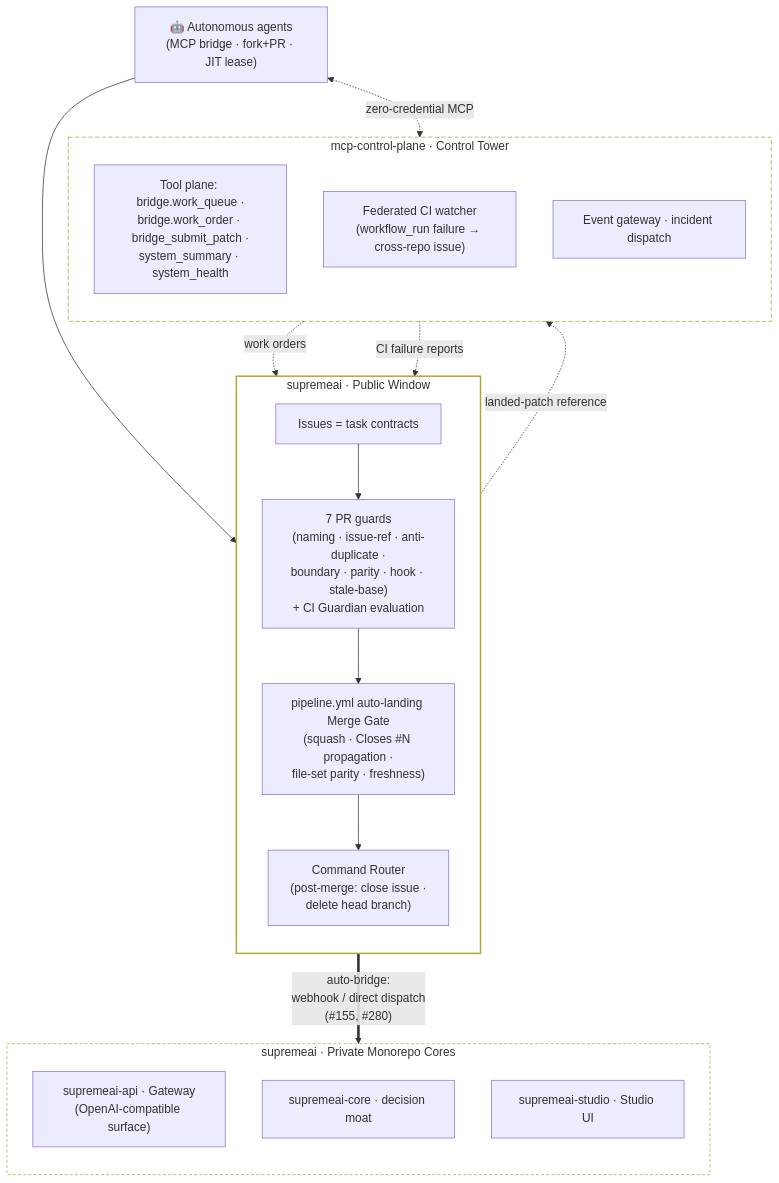
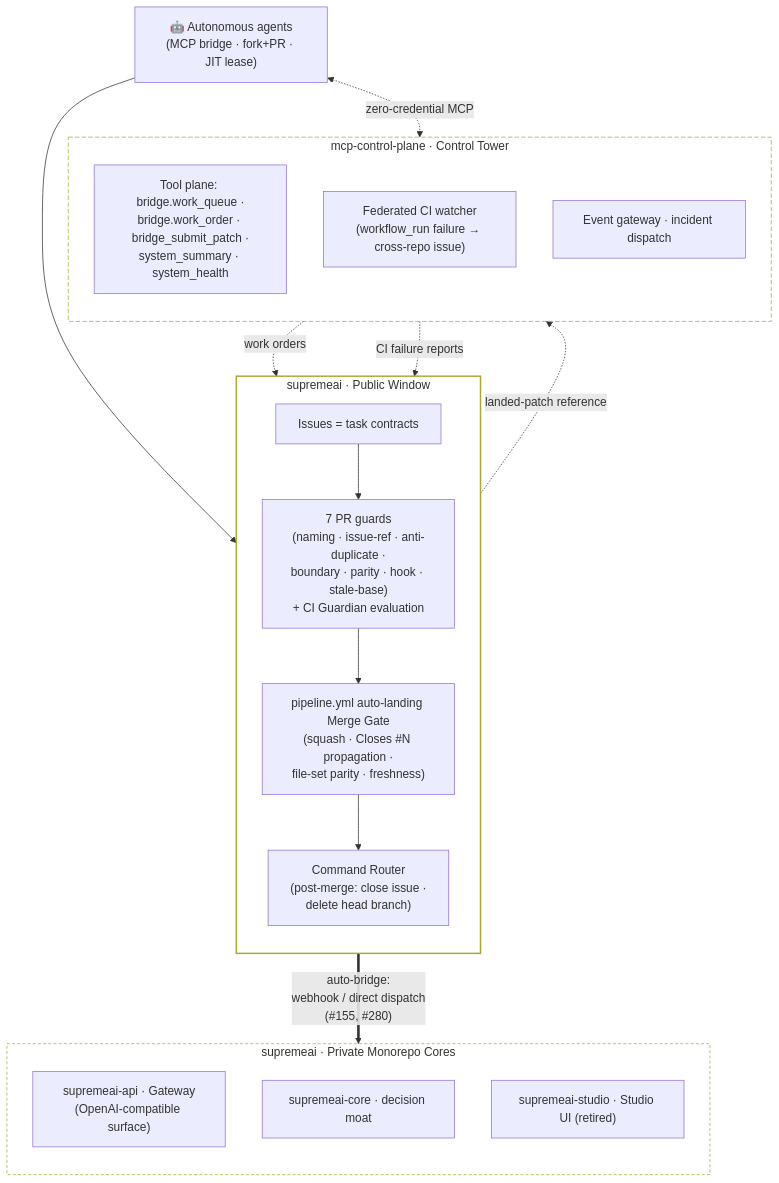
One commit to Supremeai-bd/supremeai changed the diagram in ECOSYSTEM_MAP.md. Above: the diagram before and after it, drawn with Mermaid. The commit also changed other lines of this file and 71 other files, not shown here.

````diff
--- a/ECOSYSTEM_MAP.md
+++ b/ECOSYSTEM_MAP.md
@@ -110,39 +110,39 @@
 ```mermaid
 flowchart TB
     AGENT["🤖 Autonomous agents<br/>(MCP bridge · fork+PR · JIT lease)"]
 
     subgraph OPEN["supremeai · Public Window"]
         direction TB
         TASKS["Issues = task contracts"] --> GUARDS["7 PR guards<br/>(naming · issue-ref · anti-duplicate ·<br/>boundary · parity · hook · stale-base)<br/>+ CI Guardian evaluation"]
         GUARDS --> GATE["pipeline.yml auto-landing Merge Gate<br/>(squash · Closes #N propagation ·<br/>file-set parity · freshness)"]
         GATE --> ROUTER["Command Router<br/>(post-merge: close issue ·<br/>delete head branch)"]
     end
 
     subgraph TOWERBOX["mcp-control-plane · Control Tower"]
         direction TB
         TOOLS["Tool plane: bridge.work_queue ·<br/>bridge.work_order · bridge_submit_patch ·<br/>system_summary · system_health"]
         WATCHER["Federated CI watcher<br/>(workflow_run failure → cross-repo issue)"]
         EVENTS["Event gateway · incident dispatch"]
     end
 
     subgraph PRIVATECORE["supremeai · Private Monorepo Cores"]
         direction TB
         API["supremeai-api · Gateway<br/>(OpenAI-compatible surface)"]
         CORE["supremeai-core · decision moat"]
-        STUDIO["supremeai-studio · Studio UI"]
+        STUDIO["supremeai-studio · Studio UI (retired)"]
     end
 
     AGENT --> TASKS
     AGENT <-.->|"zero-credential MCP"| TOOLS
     TOOLS -.->|work orders| TASKS
     GATE ==>|"auto-bridge:<br/>webhook / direct dispatch<br/>(#155, #280)"| PRIVATECORE
     WATCHER -.->|CI failure reports| OPEN
     GATE -.->|landed-patch reference| EVENTS
 
     classDef publicbox fill:none,stroke-width:2px;
     classDef towerbox fill:none,stroke-dasharray:6 3;
     classDef privatebox fill:none,stroke-dasharray:4 3;
     class OPEN publicbox;
     class TOWERBOX towerbox;
     class PRIVATECORE privatebox;
 ```
````
